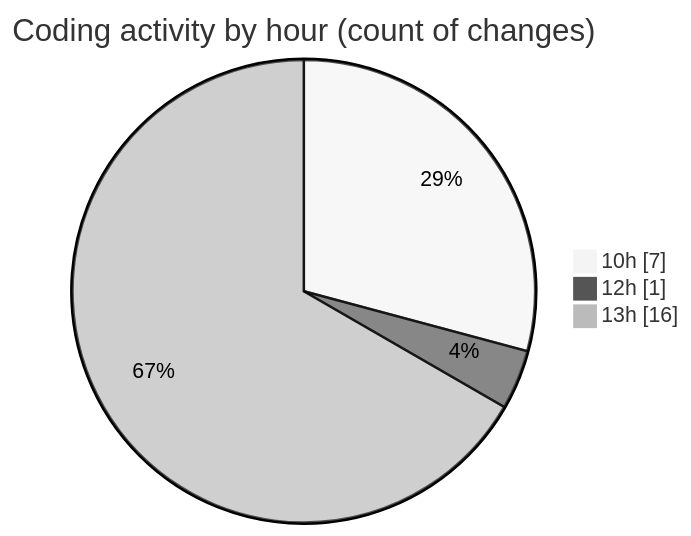
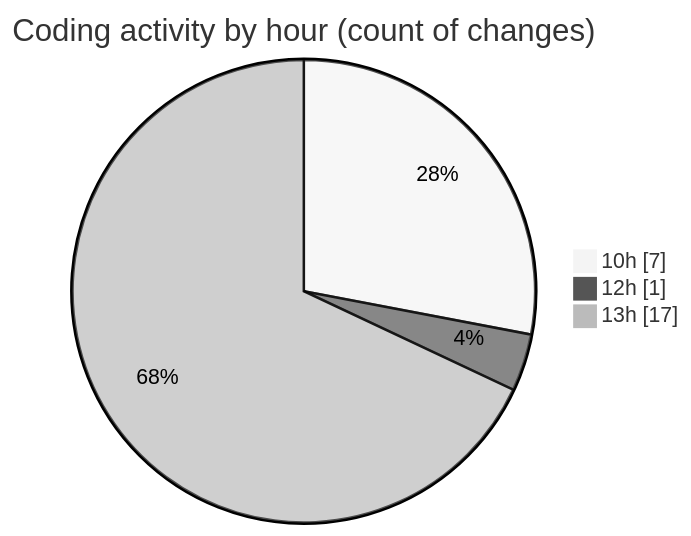
The second of 2 diagrams in 2025-01-14/oficina/README.md (LanceThiago/code-tracking), drawn with Mermaid (neutral theme) before and after one commit. The commit also changed other lines of this file and 1 other file, not shown here.

````diff
--- a/2025-01-14/oficina/README.md
+++ b/2025-01-14/oficina/README.md
@@ -31,7 +31,7 @@
 ```mermaid
 pie showData
 title Coding activity by hour (count of changes)
 "10h" : 7
 "12h" : 1
-"13h" : 16
+"13h" : 17
 ```
````
